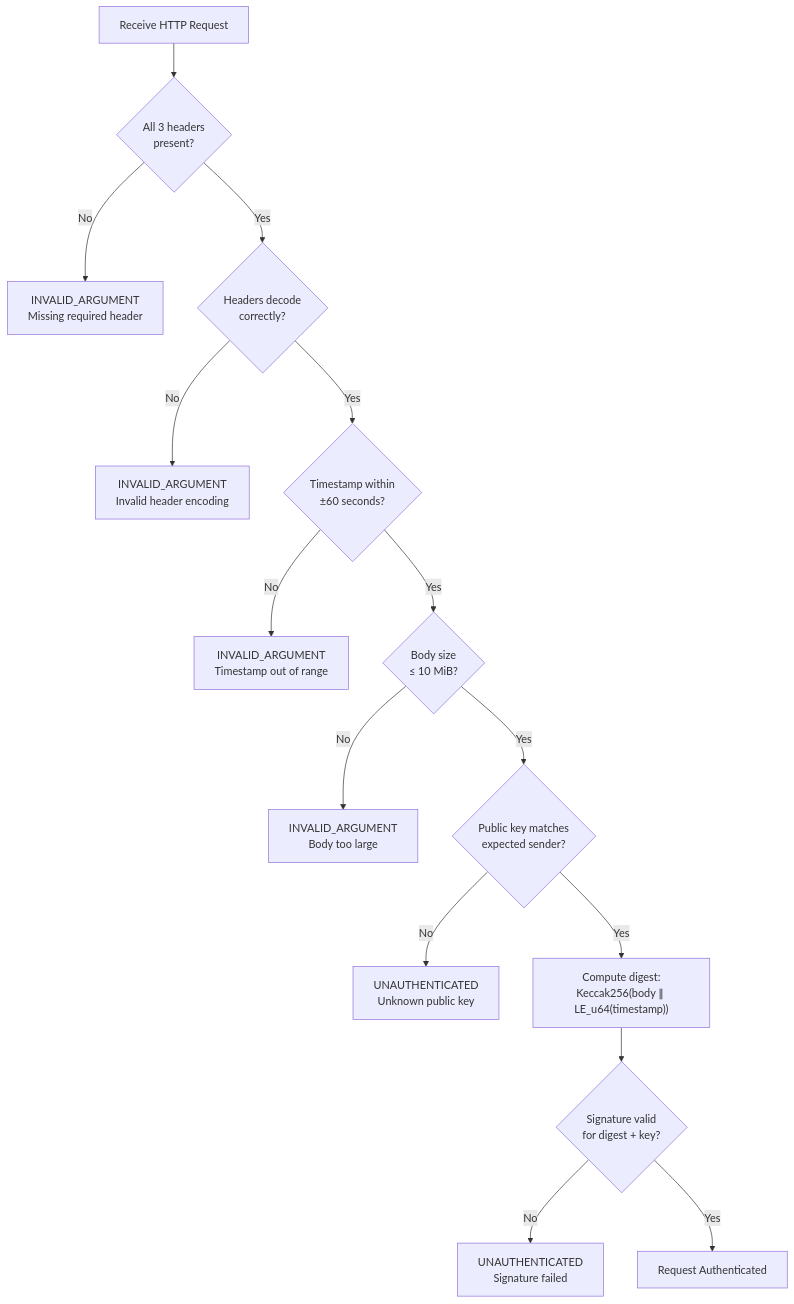
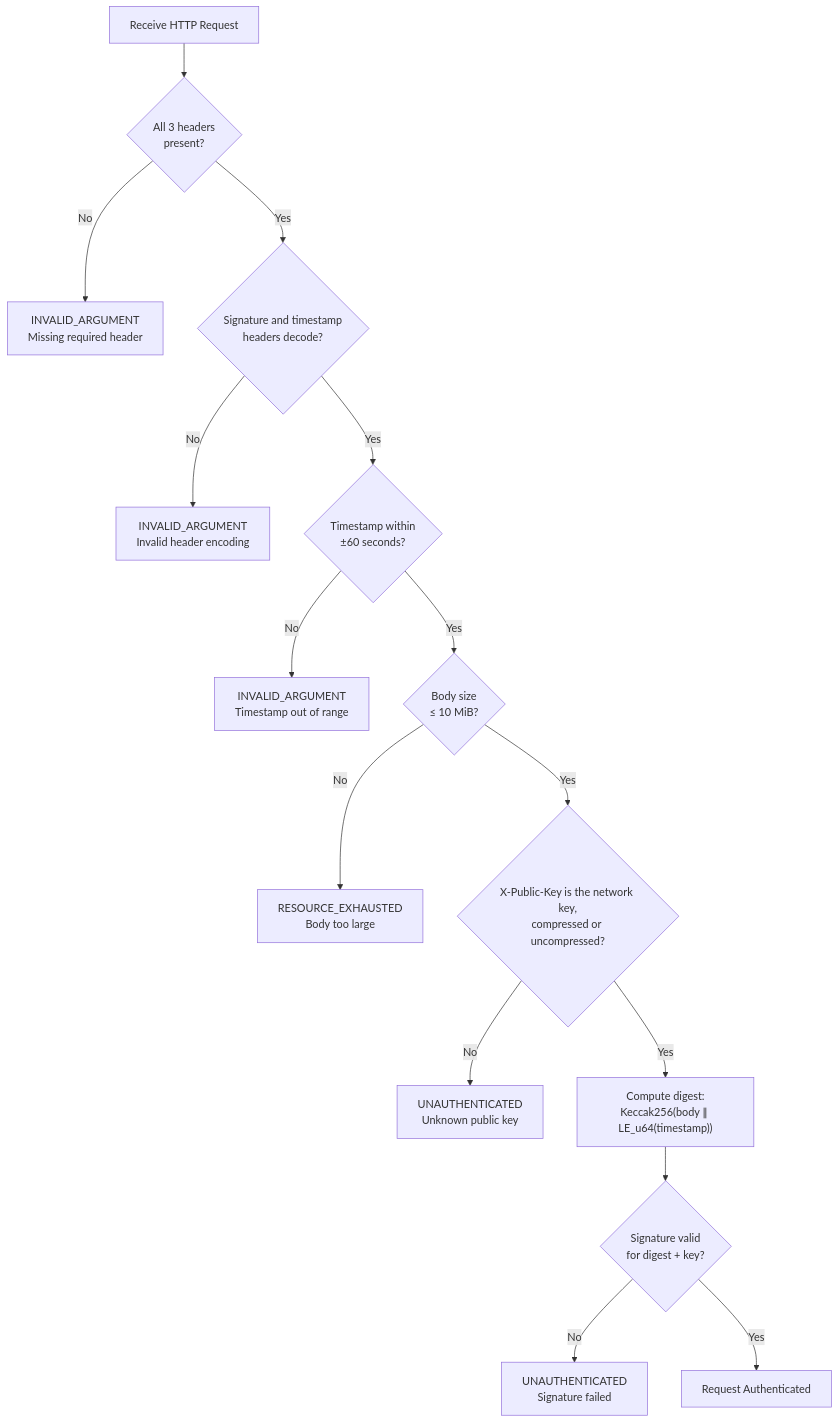
Before and after one commit to t-0-network/provider-sdk: the fourth of 9 diagrams in docs/python/ARCHITECTURE.md, drawn with Mermaid. The commit also changed other lines of this file and 95 other files, not shown here.

````diff
--- a/docs/python/ARCHITECTURE.md
+++ b/docs/python/ARCHITECTURE.md
@@ -212,17 +212,17 @@
 ```mermaid
 flowchart TD
     A[Receive HTTP Request] --> B{All 3 headers<br/>present?}
     B -->|No| E1["INVALID_ARGUMENT<br/>Missing required header"]
-    B -->|Yes| C{Headers decode<br/>correctly?}
+    B -->|Yes| C{Signature and timestamp<br/>headers decode?}
     C -->|No| E2["INVALID_ARGUMENT<br/>Invalid header encoding"]
     C -->|Yes| D{Timestamp within<br/>±60 seconds?}
     D -->|No| E3["INVALID_ARGUMENT<br/>Timestamp out of range"]
     D -->|Yes| F{Body size<br/>≤ 10 MiB?}
-    F -->|No| E4["INVALID_ARGUMENT<br/>Body too large"]
-    F -->|Yes| G{Public key matches<br/>expected sender?}
+    F -->|No| E4["RESOURCE_EXHAUSTED<br/>Body too large"]
+    F -->|Yes| G{X-Public-Key is the network key,<br/>compressed or uncompressed?}
     G -->|No| E5["UNAUTHENTICATED<br/>Unknown public key"]
     G -->|Yes| H["Compute digest:<br/>Keccak256(body ∥ LE_u64(timestamp))"]
     H --> I{Signature valid<br/>for digest + key?}
     I -->|No| E6["UNAUTHENTICATED<br/>Signature failed"]
     I -->|Yes| J[Request Authenticated]
 ```
````
